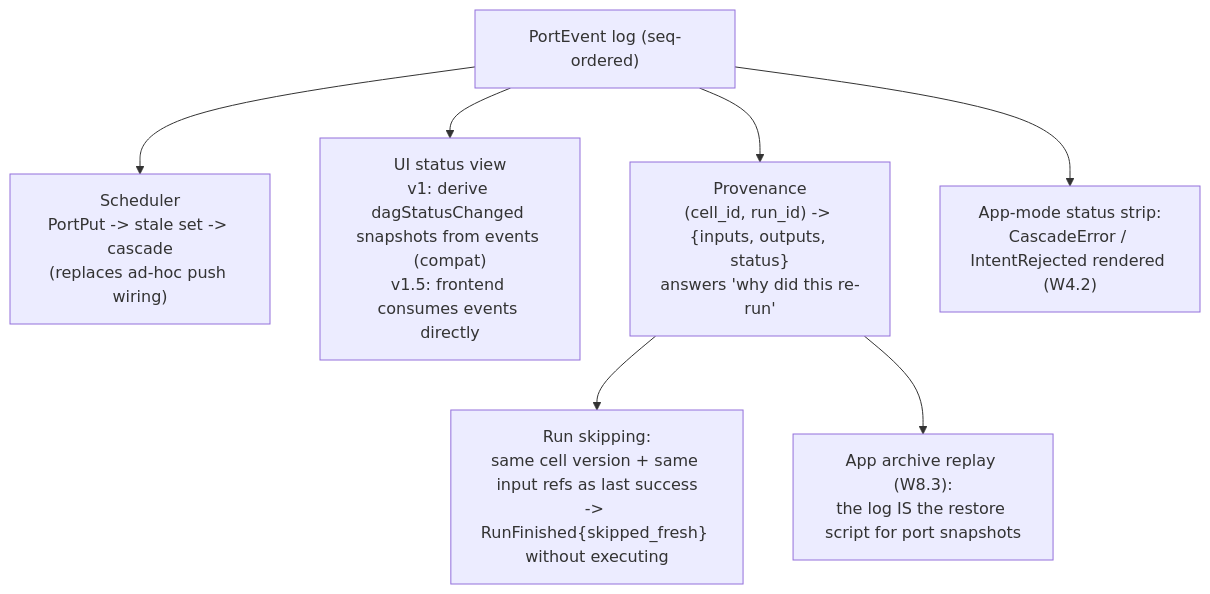
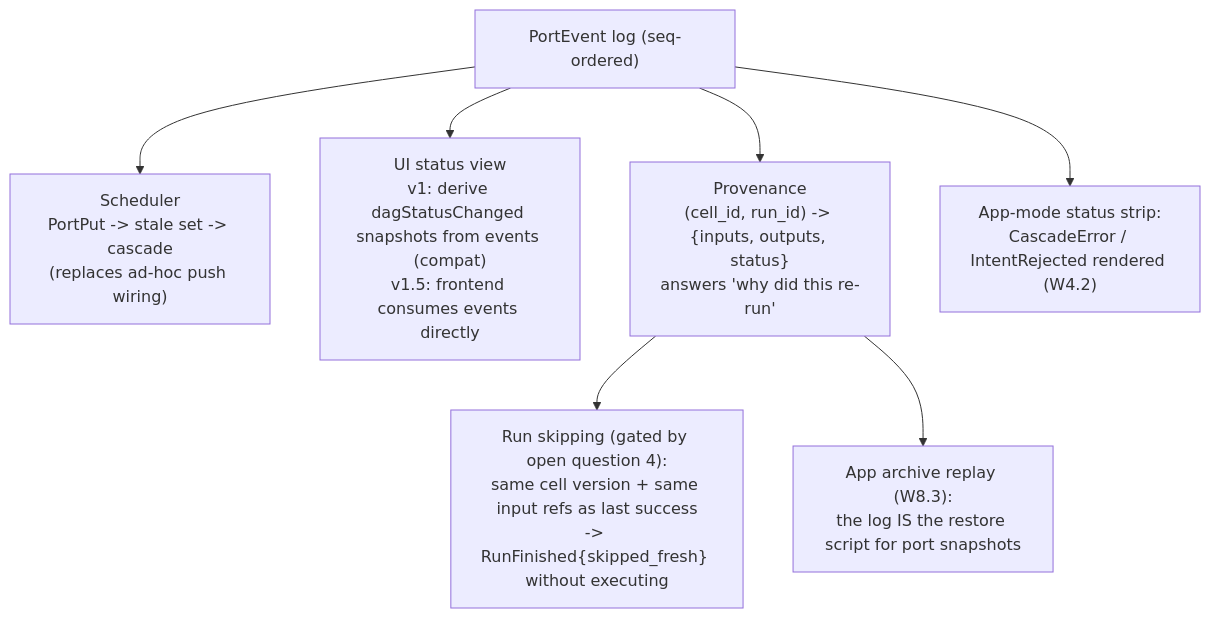
Before and after one commit to getspur/spur: the sixth of 9 diagrams in docs/superpowers/specs/2026-06-11-port-plane-integration-design.md, drawn with Mermaid. The commit also changed other lines of this file, not shown here.

````diff
--- a/docs/superpowers/specs/2026-06-11-port-plane-integration-design.md
+++ b/docs/superpowers/specs/2026-06-11-port-plane-integration-design.md
@@ -305,10 +337,10 @@
 ```mermaid
 flowchart TD
     LOG["PortEvent log (seq-ordered)"]
     LOG --> SCH["Scheduler<br/>PortPut -> stale set -> cascade<br/>(replaces ad-hoc push wiring)"]
     LOG --> UIV["UI status view<br/>v1: derive dagStatusChanged snapshots from events (compat)<br/>v1.5: frontend consumes events directly"]
     LOG --> PRV["Provenance<br/>(cell_id, run_id) -> {inputs, outputs, status}<br/>answers 'why did this re-run'"]
-    PRV --> CACHE["Run skipping:<br/>same cell version + same input refs as last success<br/>-> RunFinished{skipped_fresh} without executing"]
+    PRV --> CACHE["Run skipping (gated by open question 4):<br/>same cell version + same input refs as last success<br/>-> RunFinished{skipped_fresh} without executing"]
     PRV --> REPLAY["App archive replay (W8.3):<br/>the log IS the restore script for port snapshots"]
     LOG --> STRIP["App-mode status strip:<br/>CascadeError / IntentRejected rendered (W4.2)"]
 ```
````
